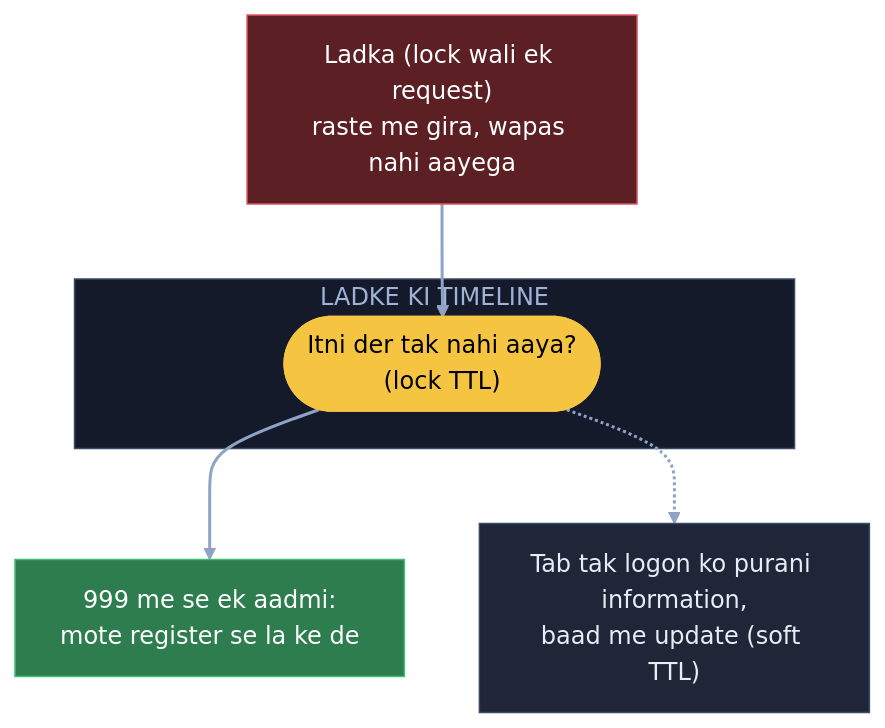
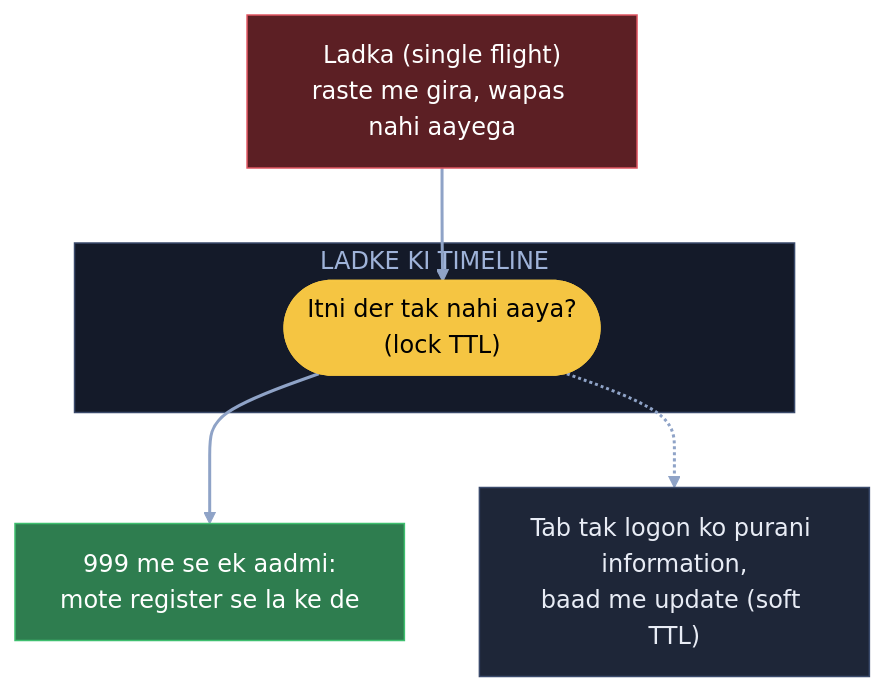
The sixth of 14 diagrams in 04_HLD/SYSTEM_DESIGNS/01_url_shortener/01_url_shortener.md (ArpanMaheshwari144/Prep), drawn with Mermaid before and after one commit. The commit also changed other lines of this file and 20 other files, not shown here.

Commit message:
Diagram: sirf hand notes wale naam rahe (66 apne joda naam hataye); README 22-Nov tak update

````diff
--- a/04_HLD/SYSTEM_DESIGNS/01_url_shortener/01_url_shortener.md
+++ b/04_HLD/SYSTEM_DESIGNS/01_url_shortener/01_url_shortener.md
@@ -223,18 +223,18 @@
 ```mermaid
 flowchart TB
-    L["Ladka (lock wali ek request)<br/>raste me gira, wapas nahi aayega"]:::bad
+    L["Ladka (single flight)<br/>raste me gira, wapas nahi aayega"]:::bad
     subgraph TL["LADKE KI TIMELINE"]
         T(["Itni der tak nahi aaya?<br/>(lock TTL)"]):::pill
     end
     A["999 me se ek aadmi:<br/>mote register se la ke de"]:::good
     P["Tab tak logon ko purani information,<br/>baad me update (soft TTL)"]:::card
     L --> T
     T --> A
     T -.-> P
     linkStyle default stroke:#8fa3c7,stroke-width:2px
     classDef card fill:#1e2638,stroke:#3a4a6b,color:#e8ecf5
     classDef pill fill:#f5c542,stroke:#f5c542,color:#000
     classDef good fill:#2e7d4f,stroke:#3fbf6f,color:#fff
     classDef bad fill:#5c1f24,stroke:#e05561,color:#fff
     style TL fill:#141a29,stroke:#3a4a6b,color:#9fb3d9
 ```
````
